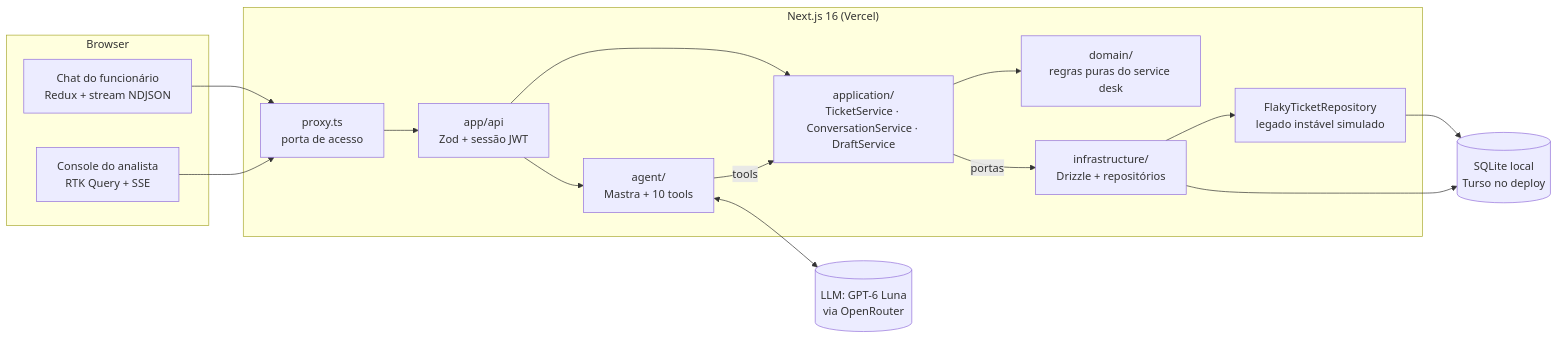
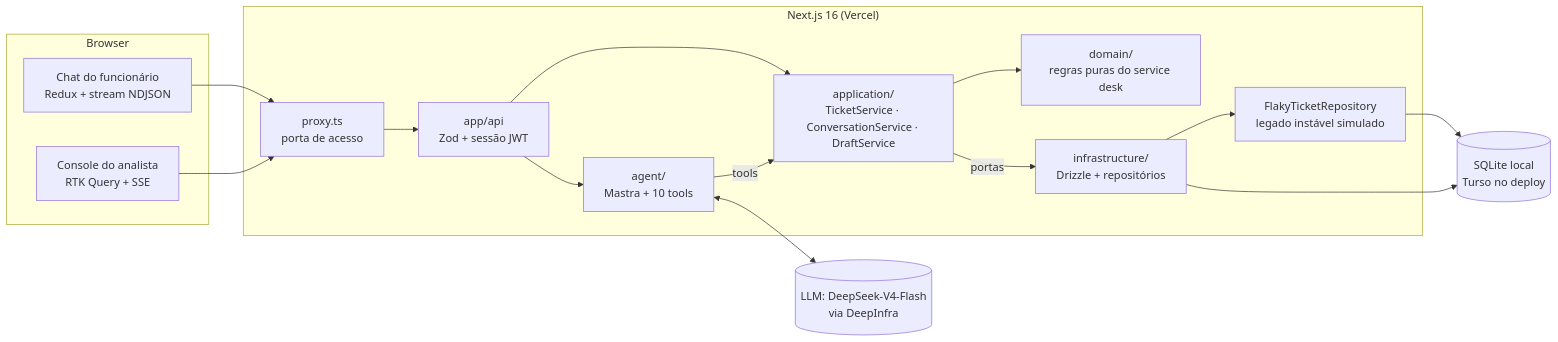
Before and after one commit to skarL007/nexo-assist: the first of 3 diagrams in README.md, drawn with Mermaid. The commit also changed other lines of this file and 3 other files, not shown here.

First line of the commit message:
docs: DeepSeek-V4-Flash pela DeepInfra, teto de gasto e números de 02/11

````diff
--- a/README.md
+++ b/README.md
@@ -106,33 +106,33 @@
 ```mermaid
 flowchart LR
   subgraph Browser
     UI["Chat do funcionário<br/>Redux + stream NDJSON"]
     CON["Console do analista<br/>RTK Query + SSE"]
   end
 
   subgraph Next["Next.js 16 (Vercel)"]
     PX["proxy.ts<br/>porta de acesso"]
     API["app/api<br/>Zod + sessão JWT"]
     AG["agent/<br/>Mastra + 10 tools"]
     APP["application/<br/>TicketService · ConversationService · DraftService"]
     DOM["domain/<br/>regras puras do service desk"]
     INF["infrastructure/<br/>Drizzle + repositórios"]
     LEG["FlakyTicketRepository<br/>legado instável simulado"]
   end
 
-  GEM[("LLM: GPT-6 Luna<br/>via OpenRouter")]
+  GEM[("LLM: DeepSeek-V4-Flash<br/>via DeepInfra")]
   DB[("SQLite local<br/>Turso no deploy")]
 
   UI --> PX
   CON --> PX
   PX --> API
   API --> AG
   API --> APP
   AG -- "tools" --> APP
   AG <--> GEM
   APP --> DOM
   APP -- "portas" --> INF
   INF --> LEG
   LEG --> DB
   INF --> DB
 ```
````
